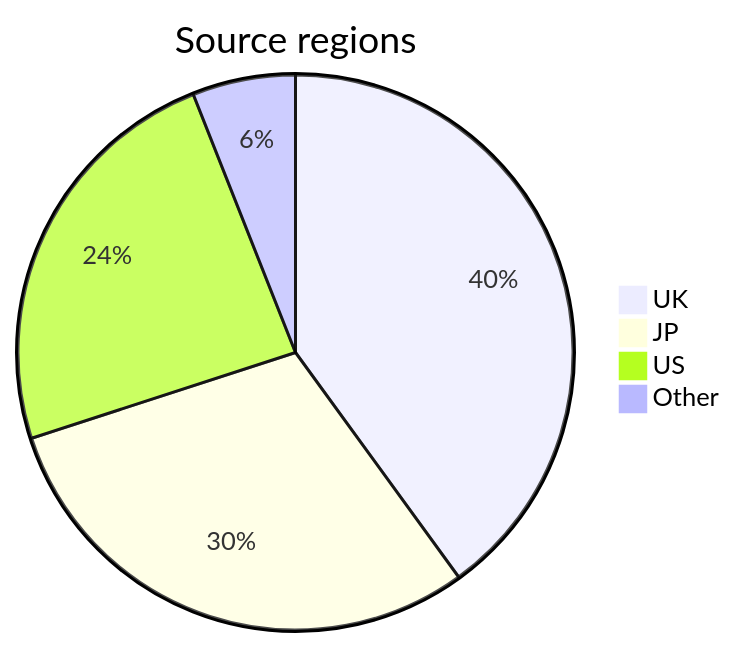
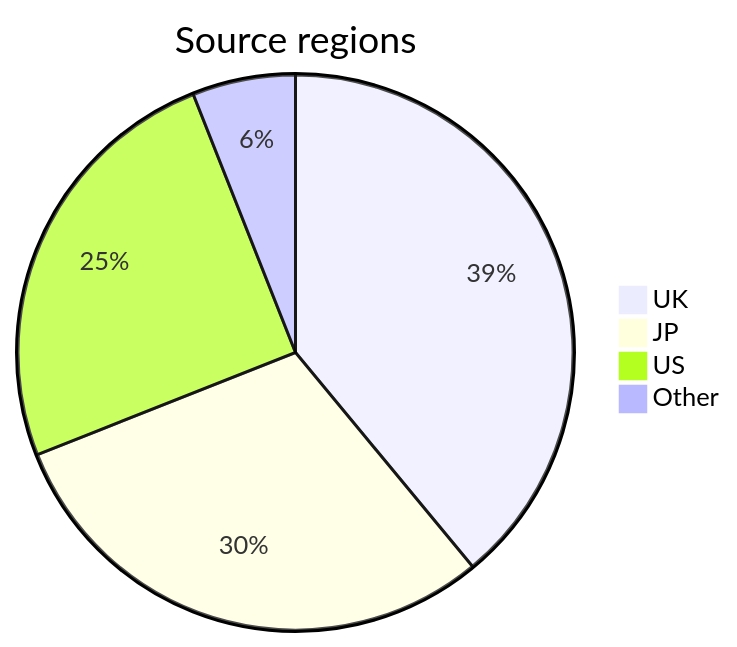
One commit to ace-dent/gbc-hw changed the diagram in gbc-census/docs/notes.md. Above: the diagram before and after it, drawn with Mermaid. The commit also changed other lines of this file and 7 other files, not shown here.

````diff
--- a/gbc-census/docs/notes.md
+++ b/gbc-census/docs/notes.md
@@ -47,7 +47,7 @@
 ```mermaid
 pie title Source regions
-    "UK" : 40
+    "UK" : 39
     "JP" : 30
-    "US" : 24
+    "US" : 25
     "Other" : 6
 ```
````
